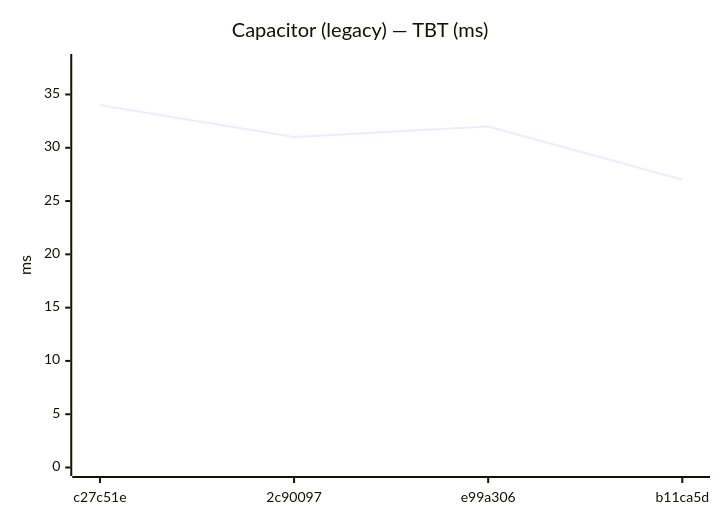
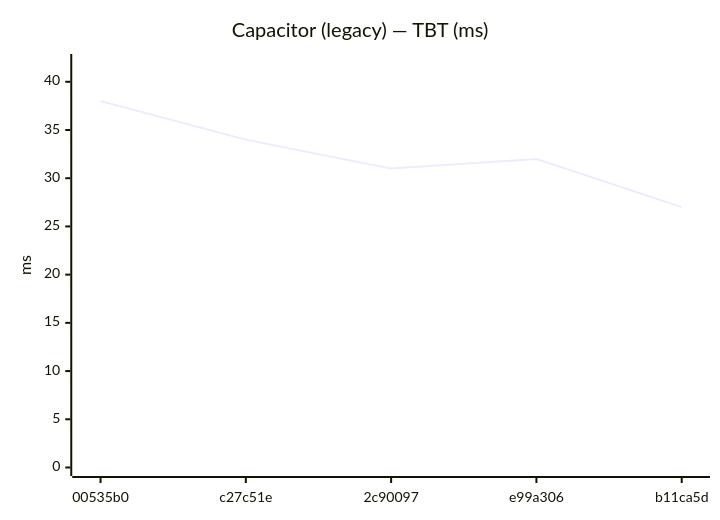
One commit to Metaheurist/Rianell changed the sixth of 24 diagrams in benchmarks/compare.md. Above: the diagram before and after it, drawn with Mermaid. The commit also changed other lines of this file and 12 other files, not shown here.

````diff
--- a/benchmarks/compare.md
+++ b/benchmarks/compare.md
@@ -73,7 +76,7 @@
 ```mermaid
 xychart-beta
     title "Capacitor (legacy) — TBT (ms)"
-    x-axis ["c27c51e", "2c90097", "e99a306", "b11ca5d"]
-    y-axis "ms" 0 --> 38
-    line [34, 31, 32, 27]
+    x-axis ["00535b0", "c27c51e", "2c90097", "e99a306", "b11ca5d"]
+    y-axis "ms" 0 --> 42
+    line [38, 34, 31, 32, 27]
 ```
````
